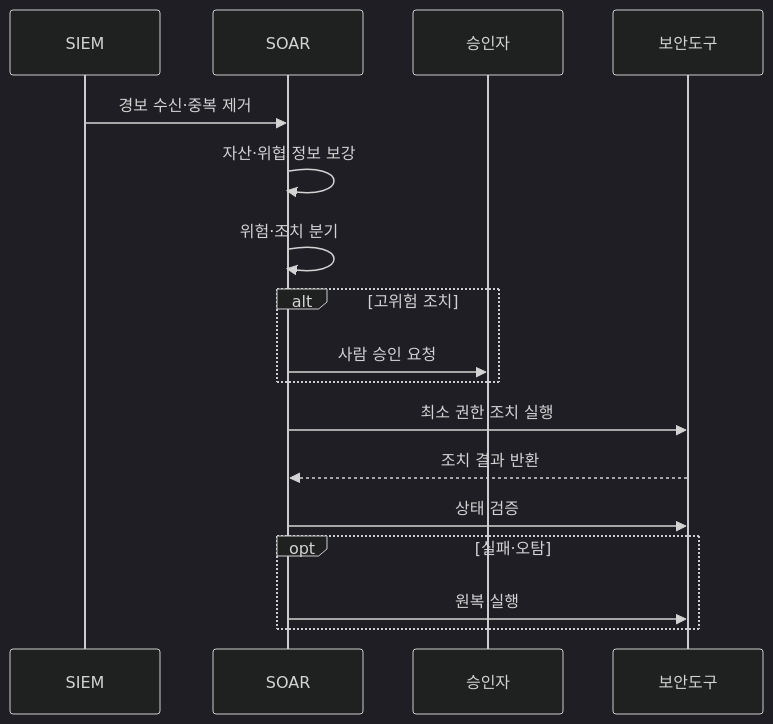
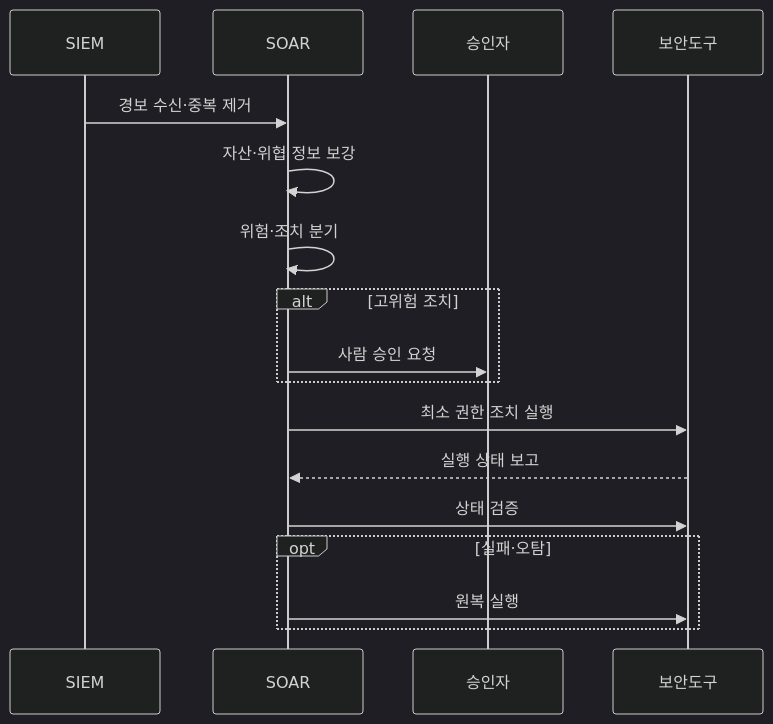
Before and after one commit to agnusdei1207/knowledge-base: the second of 2 diagrams in src/content/docs/notes/04-network/094_soar.md, drawn with Mermaid (dark theme). The commit also changed other lines of this file and 7 other files, not shown here.

````diff
--- a/src/content/docs/notes/04-network/094_soar.md
+++ b/src/content/docs/notes/04-network/094_soar.md
@@ -81,19 +81,19 @@
 ```mermaid
 sequenceDiagram
     participant SIEM
     participant SOAR
     participant 승인자
     participant 보안도구
     SIEM->>SOAR: 경보 수신·중복 제거
     SOAR->>SOAR: 자산·위협 정보 보강
     SOAR->>SOAR: 위험·조치 분기
     alt 고위험 조치
         SOAR->>승인자: 사람 승인 요청
     end
     SOAR->>보안도구: 최소 권한 조치 실행
-    보안도구-->>SOAR: 조치 결과 반환
+    보안도구-->>SOAR: 실행 상태 보고
     SOAR->>보안도구: 상태 검증
     opt 실패·오탐
         SOAR->>보안도구: 원복 실행
     end
 ```
````
